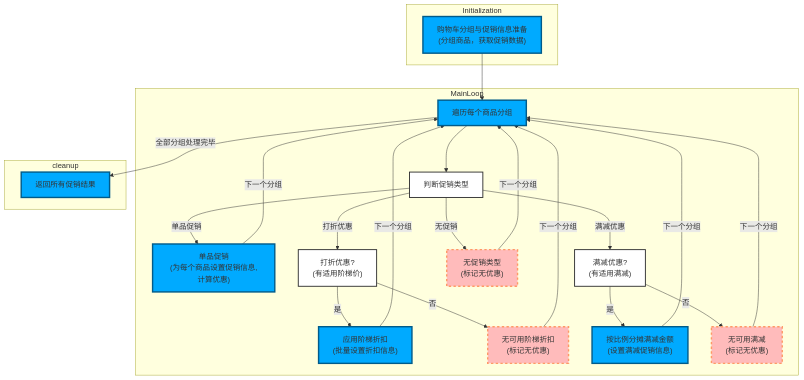
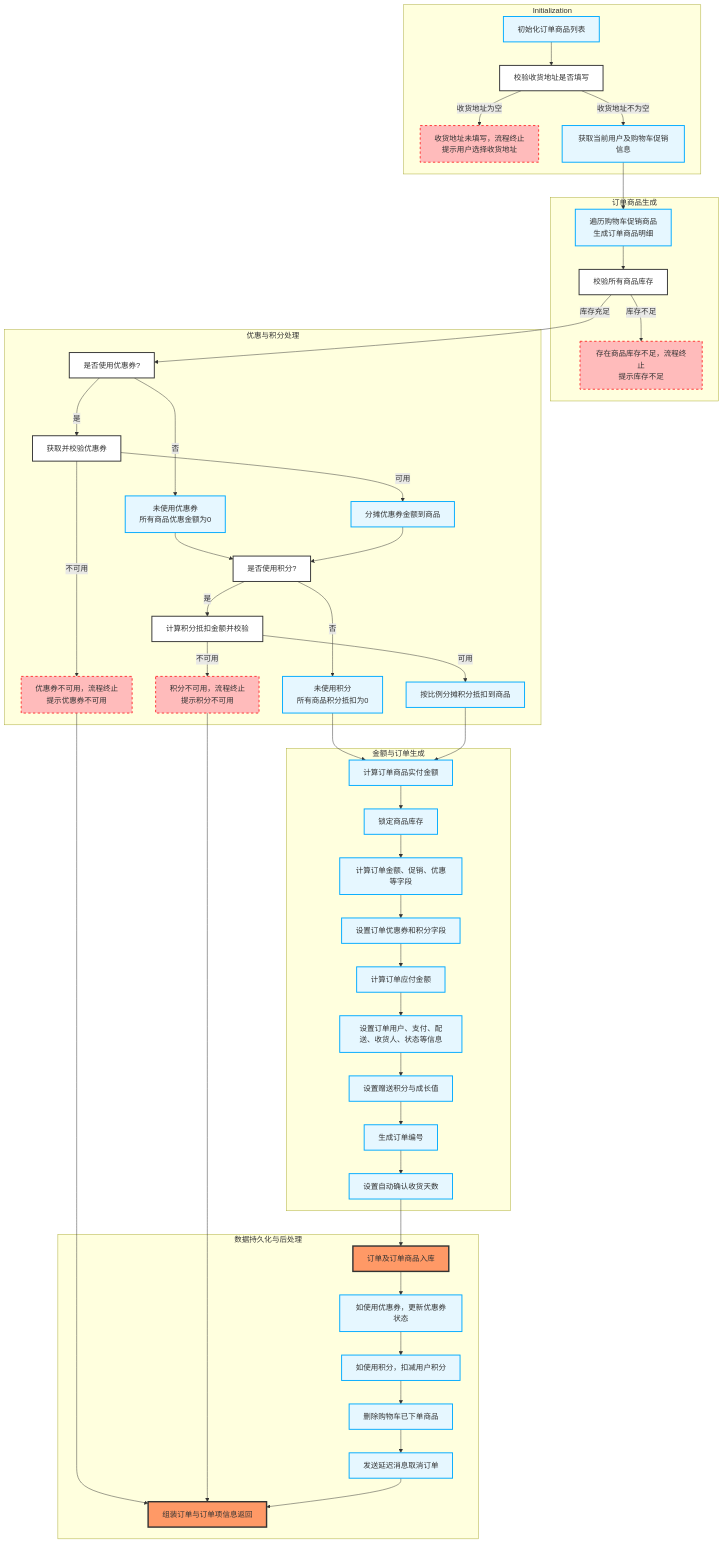
One commit to gyyggyg/java_wiki changed the diagram in graph/cfg_mermaid.md. Above: the diagram before and after it, drawn with Mermaid. The commit also changed other lines of this file and 26 other files, not shown here.

````diff
--- a/graph/cfg_mermaid.md
+++ b/graph/cfg_mermaid.md
@@ -1,52 +1,115 @@
 ```mermaid
 flowchart TD
-  direction TB
-  subgraph Initialization
-    A1["购物车分组与促销信息准备\n(分组商品，获取促销数据)"]
-    style A1 fill:#0af,stroke:#005b8a,stroke-width:3px
-  end
-  subgraph MainLoop
-    B1["遍历每个商品分组"]
-    style B1 fill:#0af,stroke:#005b8a,stroke-width:3px
-    B2["判断促销类型"]
-    style B2 fill:#fff,stroke:#333,stroke-width:2px,shape:diamond
-    B3["单品促销\n(为每个商品设置促销信息,计算优惠)"]
-    style B3 fill:#0af,stroke:#005b8a,stroke-width:3px
-    B4["打折优惠?\n(有适用阶梯价)"]
-    style B4 fill:#fff,stroke:#333,stroke-width:2px,shape:diamond
-    B5["应用阶梯折扣\n(批量设置折扣信息)"]
-    style B5 fill:#0af,stroke:#005b8a,stroke-width:3px
-    B6["无可用阶梯折扣\n(标记无优惠)"]
-    style B6 fill:#fbb,stroke:#f96,stroke-dasharray:5 5,stroke-width:3px
-    B7["满减优惠?\n(有适用满减)"]
-    style B7 fill:#fff,stroke:#333,stroke-width:2px,shape:diamond
-    B8["按比例分摊满减金额\n(设置满减促销信息)"]
-    style B8 fill:#0af,stroke:#005b8a,stroke-width:3px
-    B9["无可用满减\n(标记无优惠)"]
-    style B9 fill:#fbb,stroke:#f96,stroke-dasharray:5 5,stroke-width:3px
-    B10["无促销类型\n(标记无优惠)"]
-    style B10 fill:#fbb,stroke:#f96,stroke-dasharray:5 5,stroke-width:3px
-  end
-  subgraph cleanup
-    C1["返回所有促销结果"]
-    style C1 fill:#0af,stroke:#005b8a,stroke-width:3px
-  end
-  A1 --> B1
-  B1 --> B2
-  B2 -- "单品促销" --> B3
-  B2 -- "打折优惠" --> B4
-  B2 -- "满减优惠" --> B7
-  B2 -- "无促销" --> B10
-  B4 -- "是" --> B5
-  B4 -- "否" --> B6
-  B7 -- "是" --> B8
-  B7 -- "否" --> B9
-  B3 -- "下一个分组" --> B1
-  B5 -- "下一个分组" --> B1
-  B6 -- "下一个分组" --> B1
-  B8 -- "下一个分组" --> B1
-  B9 -- "下一个分组" --> B1
-  B10 -- "下一个分组" --> B1
-  B1 -- "全部分组处理完毕" --> C1
+    direction TB
+    subgraph Initialization
+        A1["初始化订单商品列表"]
+        style A1 fill:#e6f7ff,stroke:#0af,stroke-width:2px
+        A2["校验收货地址是否填写"]
+        style A2 fill:#fff,stroke:#333,stroke-width:2px,shape:diamond
+        A3["收货地址未填写，流程终止\n提示用户选择收货地址"]
+        style A3 fill:#fbb,stroke:#f33,stroke-width:2px,stroke-dasharray:5 5
+        A4["获取当前用户及购物车促销信息"]
+        style A4 fill:#e6f7ff,stroke:#0af,stroke-width:2px
+    end
+    subgraph 订单商品生成
+        B1["遍历购物车促销商品\n生成订单商品明细"]
+        style B1 fill:#e6f7ff,stroke:#0af,stroke-width:2px
+        B2["校验所有商品库存"]
+        style B2 fill:#fff,stroke:#333,stroke-width:2px,shape:diamond
+        B3["存在商品库存不足，流程终止\n提示库存不足"]
+        style B3 fill:#fbb,stroke:#f33,stroke-width:2px,stroke-dasharray:5 5
+    end
+    subgraph 优惠与积分处理
+        C1["是否使用优惠券?"]
+        style C1 fill:#fff,stroke:#333,stroke-width:2px,shape:diamond
+        C2["未使用优惠券\n所有商品优惠金额为0"]
+        style C2 fill:#e6f7ff,stroke:#0af,stroke-width:2px
+        C3["获取并校验优惠券"]
+        style C3 fill:#fff,stroke:#333,stroke-width:2px,shape:diamond
+        C4["优惠券不可用，流程终止\n提示优惠券不可用"]
+        style C4 fill:#fbb,stroke:#f33,stroke-width:2px,stroke-dasharray:5 5
+        C5["分摊优惠券金额到商品"]
+        style C5 fill:#e6f7ff,stroke:#0af,stroke-width:2px
+        D1["是否使用积分?"]
+        style D1 fill:#fff,stroke:#333,stroke-width:2px,shape:diamond
+        D2["未使用积分\n所有商品积分抵扣为0"]
+        style D2 fill:#e6f7ff,stroke:#0af,stroke-width:2px
+        D3["计算积分抵扣金额并校验"]
+        style D3 fill:#fff,stroke:#333,stroke-width:2px,shape:diamond
+        D4["积分不可用，流程终止\n提示积分不可用"]
+        style D4 fill:#fbb,stroke:#f33,stroke-width:2px,stroke-dasharray:5 5
+        D5["按比例分摊积分抵扣到商品"]
+        style D5 fill:#e6f7ff,stroke:#0af,stroke-width:2px
+    end
+    subgraph 金额与订单生成
+        E1["计算订单商品实付金额"]
+        style E1 fill:#e6f7ff,stroke:#0af,stroke-width:2px
+        E2["锁定商品库存"]
+        style E2 fill:#e6f7ff,stroke:#0af,stroke-width:2px
+        E3["计算订单金额、促销、优惠等字段"]
+        style E3 fill:#e6f7ff,stroke:#0af,stroke-width:2px
+        E4["设置订单优惠券和积分字段"]
+        style E4 fill:#e6f7ff,stroke:#0af,stroke-width:2px
+        E5["计算订单应付金额"]
+        style E5 fill:#e6f7ff,stroke:#0af,stroke-width:2px
+        E6["设置订单用户、支付、配送、收货人、状态等信息"]
+        style E6 fill:#e6f7ff,stroke:#0af,stroke-width:2px
+        E7["设置赠送积分与成长值"]
+        style E7 fill:#e6f7ff,stroke:#0af,stroke-width:2px
+        E8["生成订单编号"]
+        style E8 fill:#e6f7ff,stroke:#0af,stroke-width:2px
+        E9["设置自动确认收货天数"]
+        style E9 fill:#e6f7ff,stroke:#0af,stroke-width:2px
+    end
+    subgraph 数据持久化与后处理
+        F1["订单及订单商品入库"]
+        style F1 fill:#f96,stroke:#333,stroke-width:3px
+        F2["如使用优惠券，更新优惠券状态"]
+        style F2 fill:#e6f7ff,stroke:#0af,stroke-width:2px
+        F3["如使用积分，扣减用户积分"]
+        style F3 fill:#e6f7ff,stroke:#0af,stroke-width:2px
+        F4["删除购物车已下单商品"]
+        style F4 fill:#e6f7ff,stroke:#0af,stroke-width:2px
+        F5["发送延迟消息取消订单"]
+        style F5 fill:#e6f7ff,stroke:#0af,stroke-width:2px
+        F6["组装订单与订单项信息返回"]
+        style F6 fill:#f96,stroke:#333,stroke-width:3px
+    end
+    %% 连接关系
+    A1 --> A2
+    A2 -- "收货地址为空" --> A3
+    A2 -- "收货地址不为空" --> A4
+    A4 --> B1
+    B1 --> B2
+    B2 -- "库存不足" --> B3
+    B2 -- "库存充足" --> C1
+    C1 -- "否" --> C2
+    C1 -- "是" --> C3
+    C3 -- "不可用" --> C4
+    C3 -- "可用" --> C5
+    C2 --> D1
+    C5 --> D1
+    C4 --> F6
+    D1 -- "否" --> D2
+    D1 -- "是" --> D3
+    D3 -- "不可用" --> D4
+    D3 -- "可用" --> D5
+    D2 --> E1
+    D5 --> E1
+    D4 --> F6
+    E1 --> E2
+    E2 --> E3
+    E3 --> E4
+    E4 --> E5
+    E5 --> E6
+    E6 --> E7
+    E7 --> E8
+    E8 --> E9
+    E9 --> F1
+    F1 --> F2
+    F2 --> F3
+    F3 --> F4
+    F4 --> F5
+    F5 --> F6
 
 ```
````
